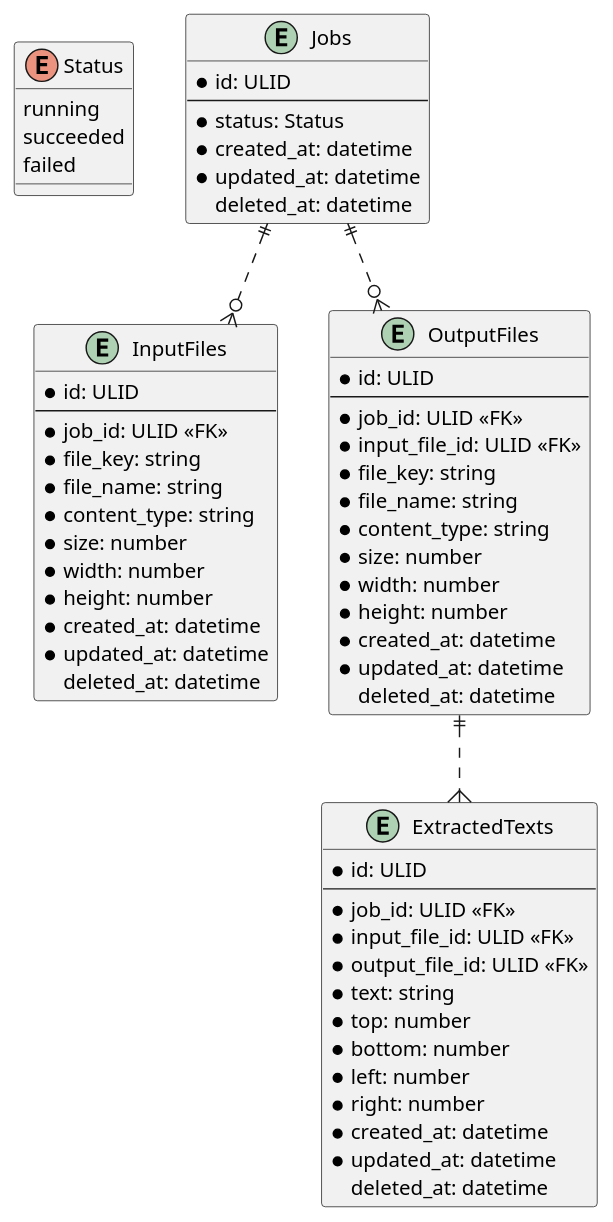
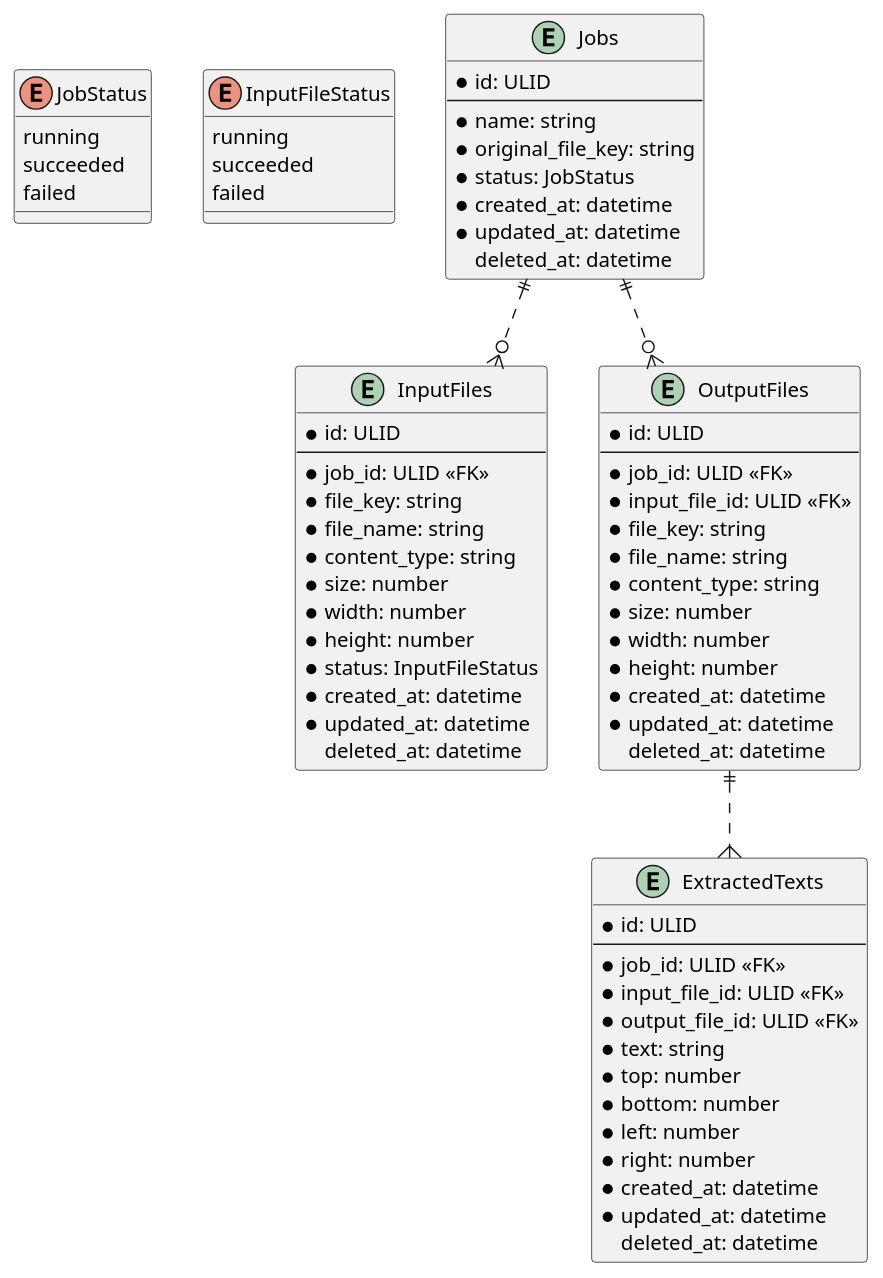
Before and after one commit to ijufumi/google-vision-sample: the diagram in backend/docs/db/tables.puml, drawn with PlantUML.

Commit message:
Modified ERD

```diff
--- a/backend/docs/db/tables.puml
+++ b/backend/docs/db/tables.puml
@@ -1,69 +1,78 @@
 @startuml
 
-enum Status {
+enum JobStatus {
+  running
+  succeeded
+  failed
+}
+
+enum InputFileStatus {
   running
   succeeded
   failed
 }
 
 entity Jobs {
   * id: ULID
   --
-  * status: Status
+  * name: string
+  * original_file_key: string
+  * status: JobStatus
   * created_at: datetime
   * updated_at: datetime
     deleted_at: datetime
 }
 
 entity InputFiles {
   * id: ULID
   --
   * job_id: ULID <<FK>>
   * file_key: string
   * file_name: string
   * content_type: string
   * size: number
   * width: number
   * height: number
+  * status: InputFileStatus
   * created_at: datetime
   * updated_at: datetime
     deleted_at: datetime
 }
 
 entity OutputFiles {
   * id: ULID
   --
   * job_id: ULID <<FK>>
   * input_file_id: ULID <<FK>>
   * file_key: string
   * file_name: string
   * content_type: string
   * size: number
   * width: number
   * height: number
   * created_at: datetime
   * updated_at: datetime
     deleted_at: datetime
 }
 
 entity ExtractedTexts {
   * id: ULID
   --
   * job_id: ULID <<FK>>
   * input_file_id: ULID <<FK>>
   * output_file_id: ULID <<FK>>
   * text: string
   * top: number
   * bottom: number
   * left: number
   * right: number
   * created_at: datetime
   * updated_at: datetime
     deleted_at: datetime
 }
 
 Jobs ||..o{ InputFiles
 Jobs ||..o{ OutputFiles
 OutputFiles ||..do{ ExtractedTexts
 
 @enduml
```
